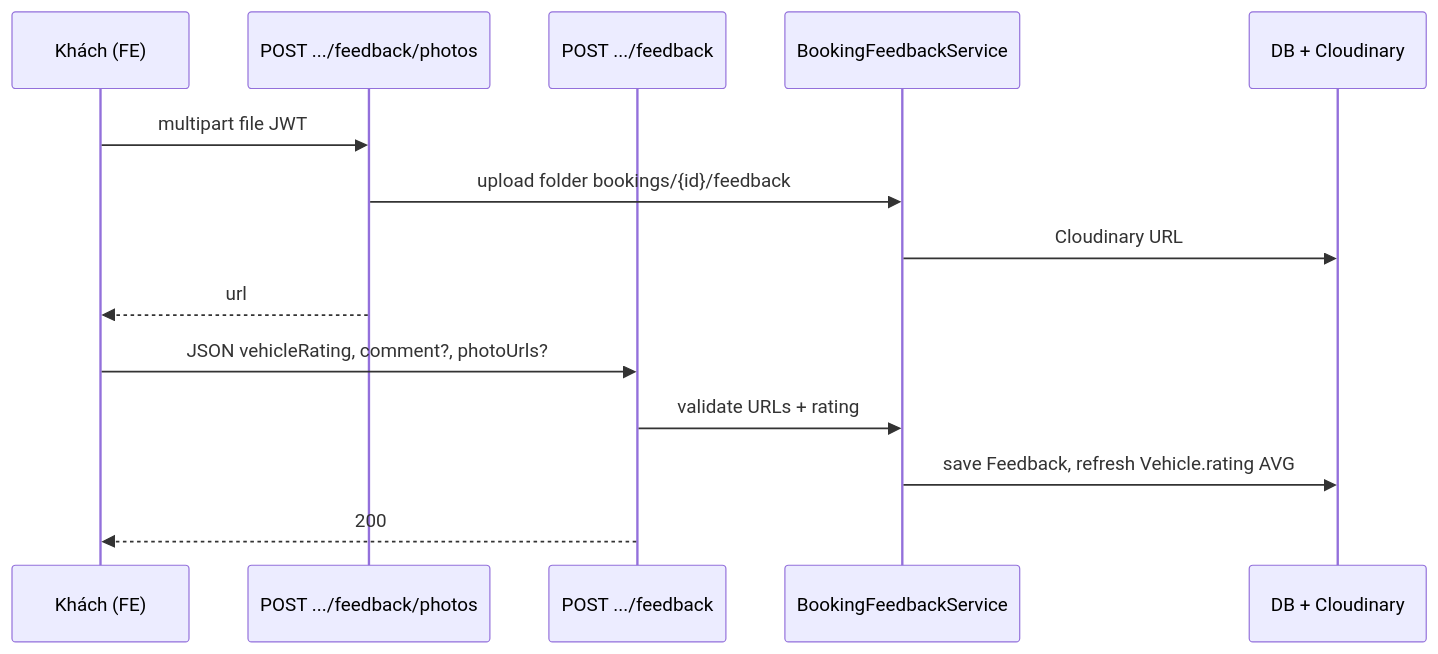
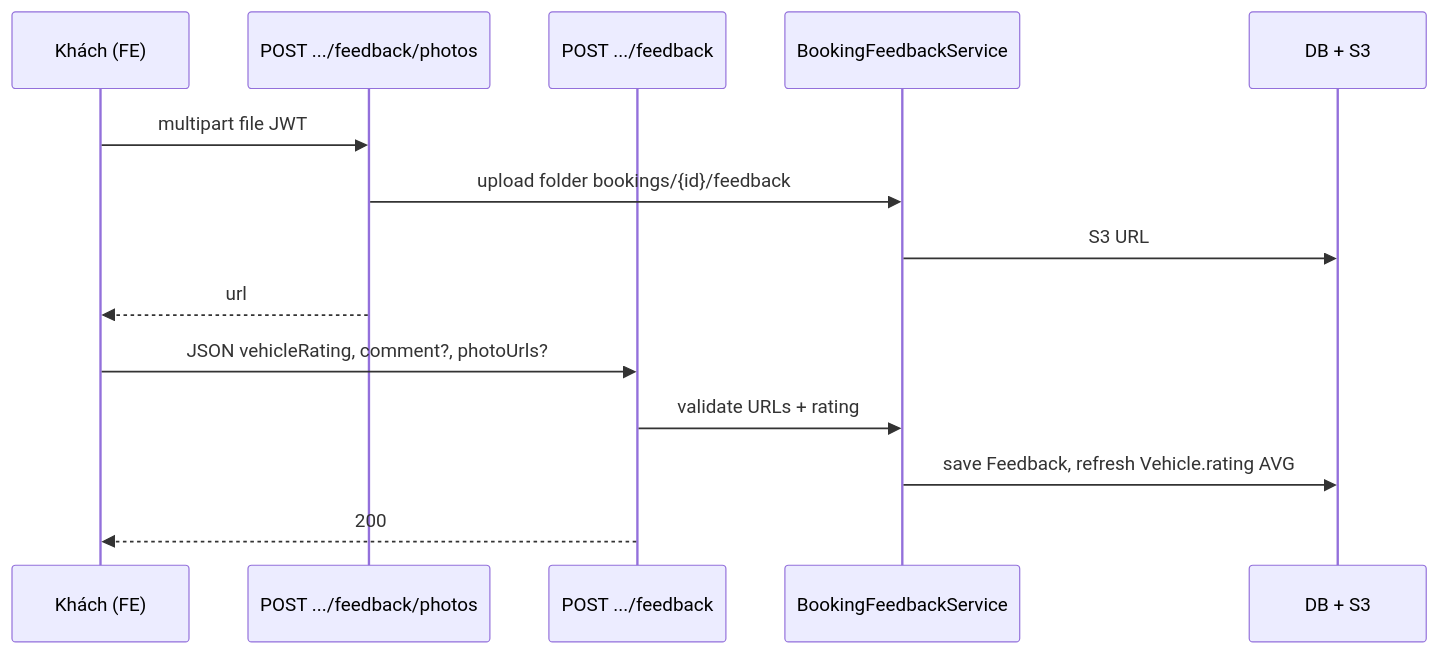
One commit to dangkhoi88x/UngDungGoiXe changed diagram 16 of 16 in architecture.md. Above: the diagram before and after it, drawn with Mermaid. The commit also changed other lines of this file and 1 other file, not shown here.

````diff
--- a/architecture.md
+++ b/architecture.md
@@ -861,17 +858,17 @@
 ```mermaid
 sequenceDiagram
   participant U as Khách (FE)
   participant P as POST .../feedback/photos
   participant F as POST .../feedback
   participant S as BookingFeedbackService
-  participant DB as DB + Cloudinary
+  participant DB as DB + S3
 
   U->>P: multipart file JWT
   P->>S: upload folder bookings/{id}/feedback
-  S->>DB: Cloudinary URL
+  S->>DB: S3 URL
   P-->>U: url
   U->>F: JSON vehicleRating, comment?, photoUrls?
   F->>S: validate URLs + rating
   S->>DB: save Feedback, refresh Vehicle.rating AVG
   F-->>U: 200
 ```
````
